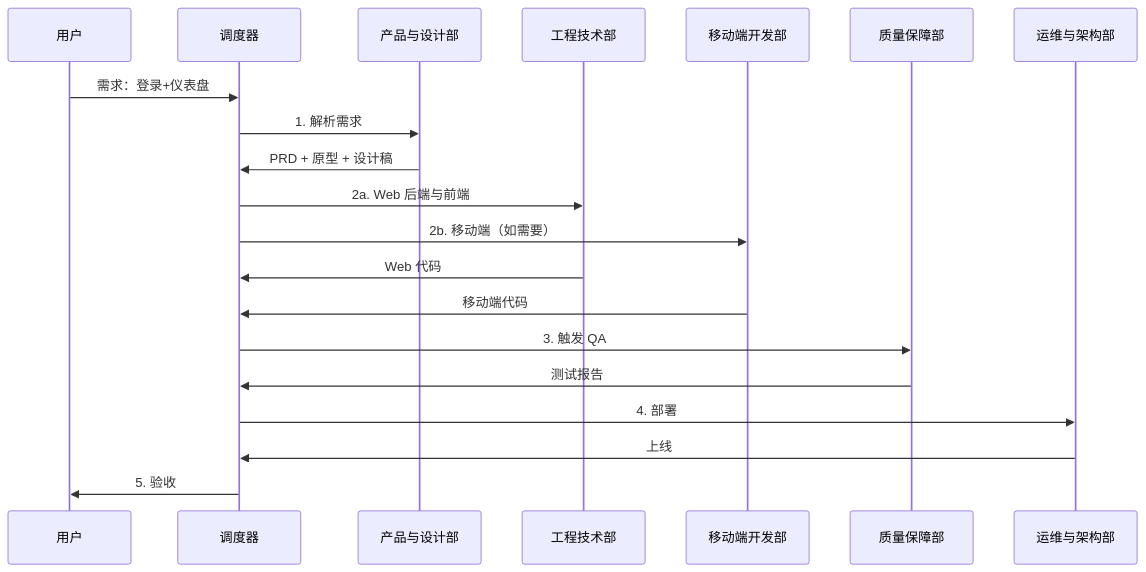
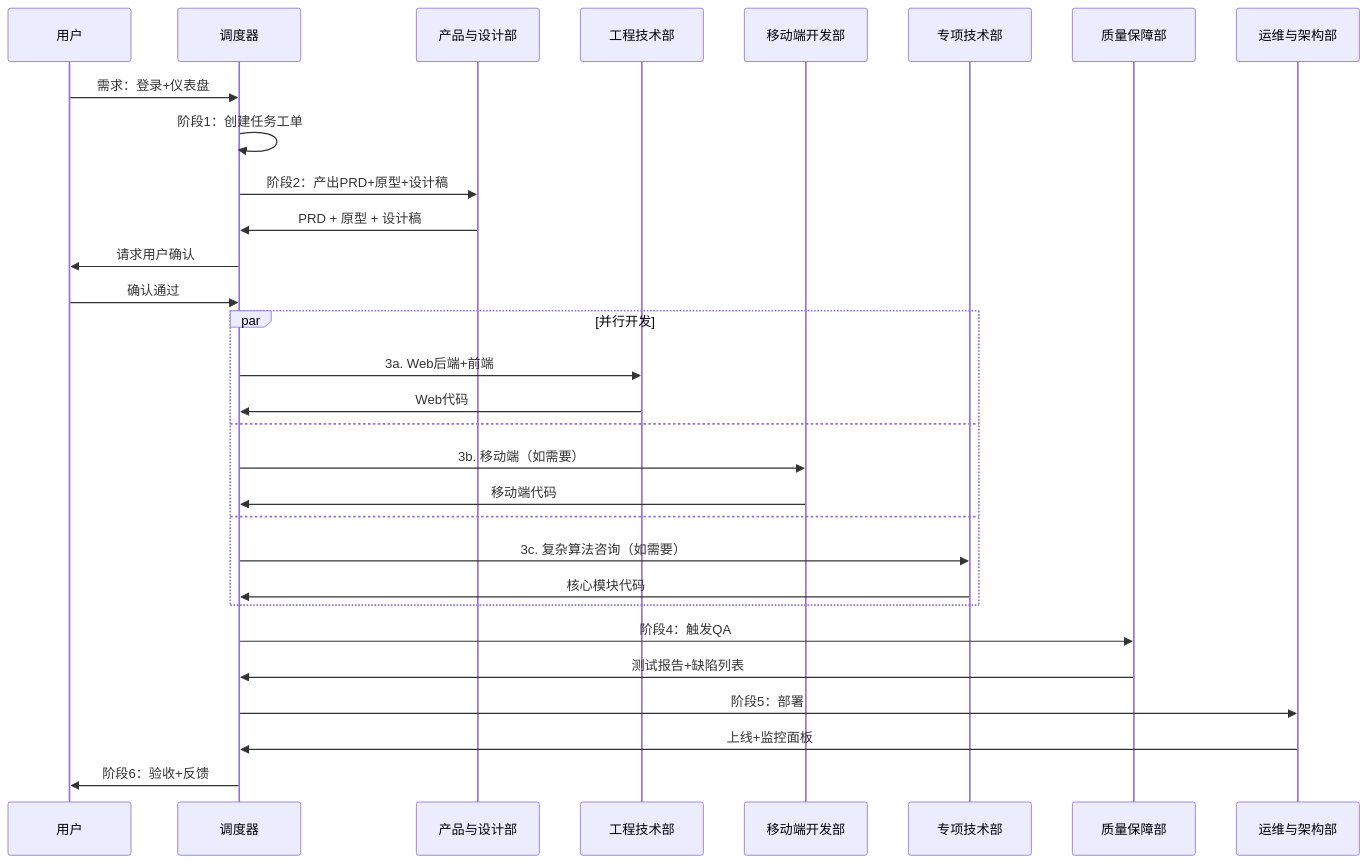
One commit to Tooooommy/Trae-Workflow changed the second of 2 diagrams in agents/orchestrator.md. Above: the diagram before and after it, drawn with Mermaid. The commit also changed other lines of this file, not shown here.

````diff
--- a/agents/orchestrator.md
+++ b/agents/orchestrator.md
@@ -166,23 +219,33 @@
 ```mermaid
 sequenceDiagram
     participant U as 用户
     participant O as 调度器
     participant P as 产品与设计部
     participant E as 工程技术部
     participant M as 移动端开发部
+    participant S as 专项技术部
     participant Q as 质量保障部
-    participant O2 as 运维与架构部
+    participant Ops as 运维与架构部
 
     U->>O: 需求：登录+仪表盘
-    O->>P: 1. 解析需求
+    O->>O: 阶段1：创建任务工单
+    O->>P: 阶段2：产出PRD+原型+设计稿
     P->>O: PRD + 原型 + 设计稿
-    O->>E: 2a. Web 后端与前端
-    O->>M: 2b. 移动端（如需要）
-    E->>O: Web 代码
-    M->>O: 移动端代码
-    O->>Q: 3. 触发 QA
-    Q->>O: 测试报告
-    O->>O2: 4. 部署
-    O2->>O: 上线
-    O->>U: 5. 验收
+    O->>U: 请求用户确认
+    U->>O: 确认通过
+    par 并行开发
+        O->>E: 3a. Web后端+前端
+        E->>O: Web代码
+    and
+        O->>M: 3b. 移动端（如需要）
+        M->>O: 移动端代码
+    and
+        O->>S: 3c. 复杂算法咨询（如需要）
+        S->>O: 核心模块代码
+    end
+    O->>Q: 阶段4：触发QA
+    Q->>O: 测试报告+缺陷列表
+    O->>Ops: 阶段5：部署
+    Ops->>O: 上线+监控面板
+    O->>U: 阶段6：验收+反馈
 ```
````
